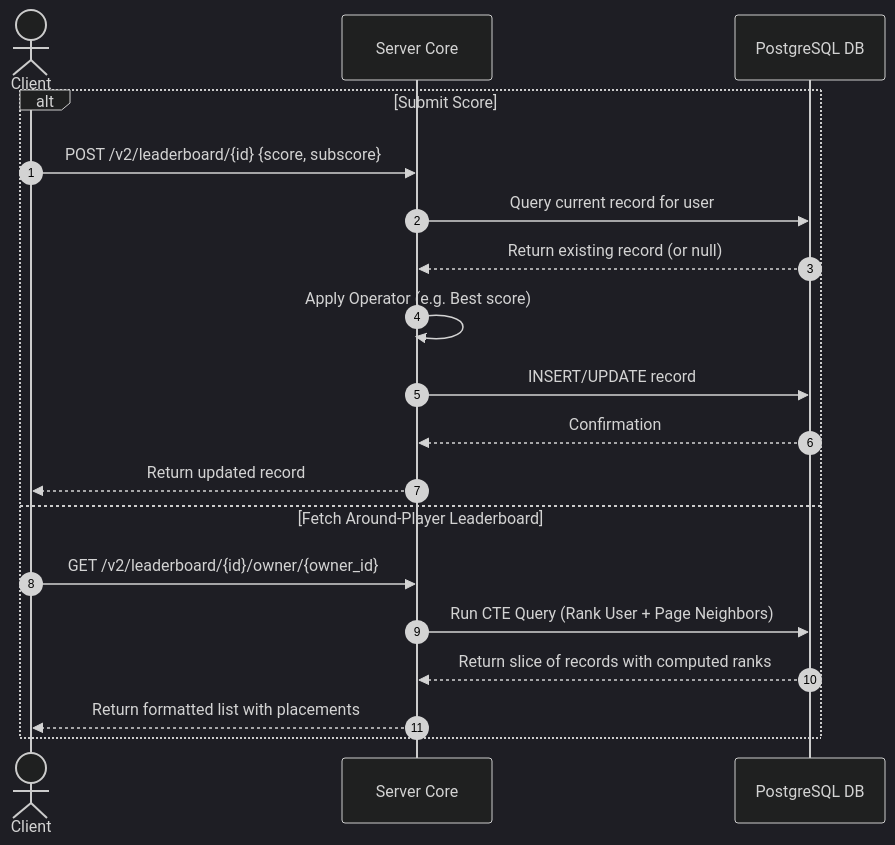
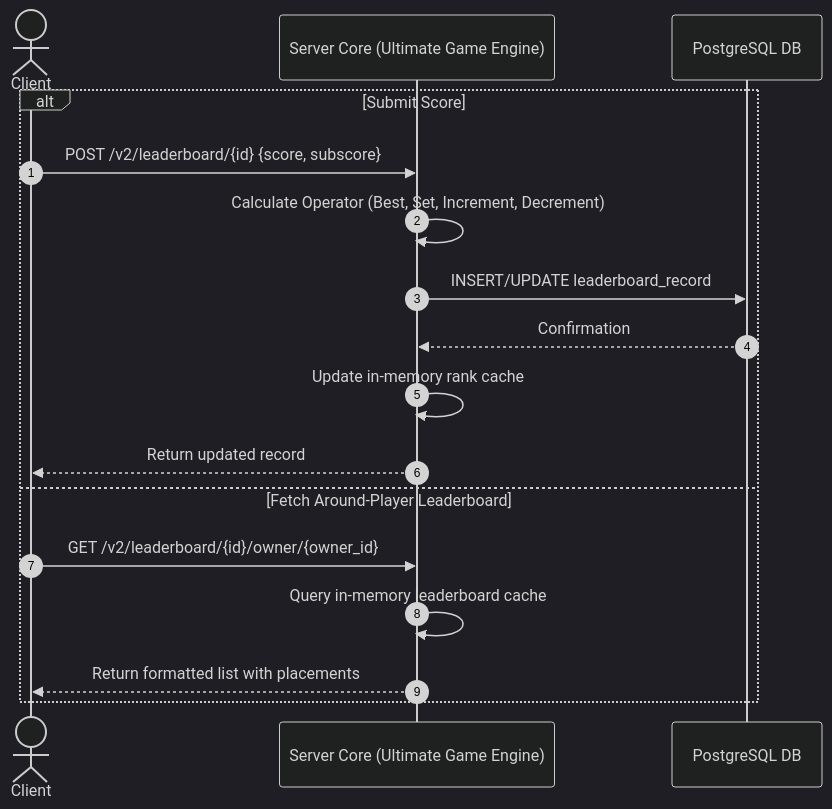
Before and after one commit to BornToBuildGame/documents: the diagram in TDD/05_leaderboards.md, drawn with Mermaid (dark theme). The commit also changed other lines of this file and 27 other files, not shown here.

````diff
--- a/TDD/05_leaderboards.md
+++ b/TDD/05_leaderboards.md
@@ -27,22 +27,20 @@
 ```mermaid
 sequenceDiagram
     autonumber
     actor Client
-    participant Server as Server Core
+    participant Server as Server Core (Ultimate Game Engine)
     participant DB as PostgreSQL DB
 
     alt Submit Score
         Client->>Server: POST /v2/leaderboard/{id} {score, subscore}
-        Server->>DB: Query current record for user
-        DB-->>Server: Return existing record (or null)
-        Server->>Server: Apply Operator (e.g. Best score)
-        Server->>DB: INSERT/UPDATE record
+        Server->>Server: Calculate Operator (Best, Set, Increment, Decrement)
+        Server->>DB: INSERT/UPDATE leaderboard_record
         DB-->>Server: Confirmation
+        Server->>Server: Update in-memory rank cache
         Server-->>Client: Return updated record
     else Fetch Around-Player Leaderboard
         Client->>Server: GET /v2/leaderboard/{id}/owner/{owner_id}
-        Server->>DB: Run CTE Query (Rank User + Page Neighbors)
-        DB-->>Server: Return slice of records with computed ranks
+        Server->>Server: Query in-memory leaderboard cache
         Server-->>Client: Return formatted list with placements
     end
 ```
````
